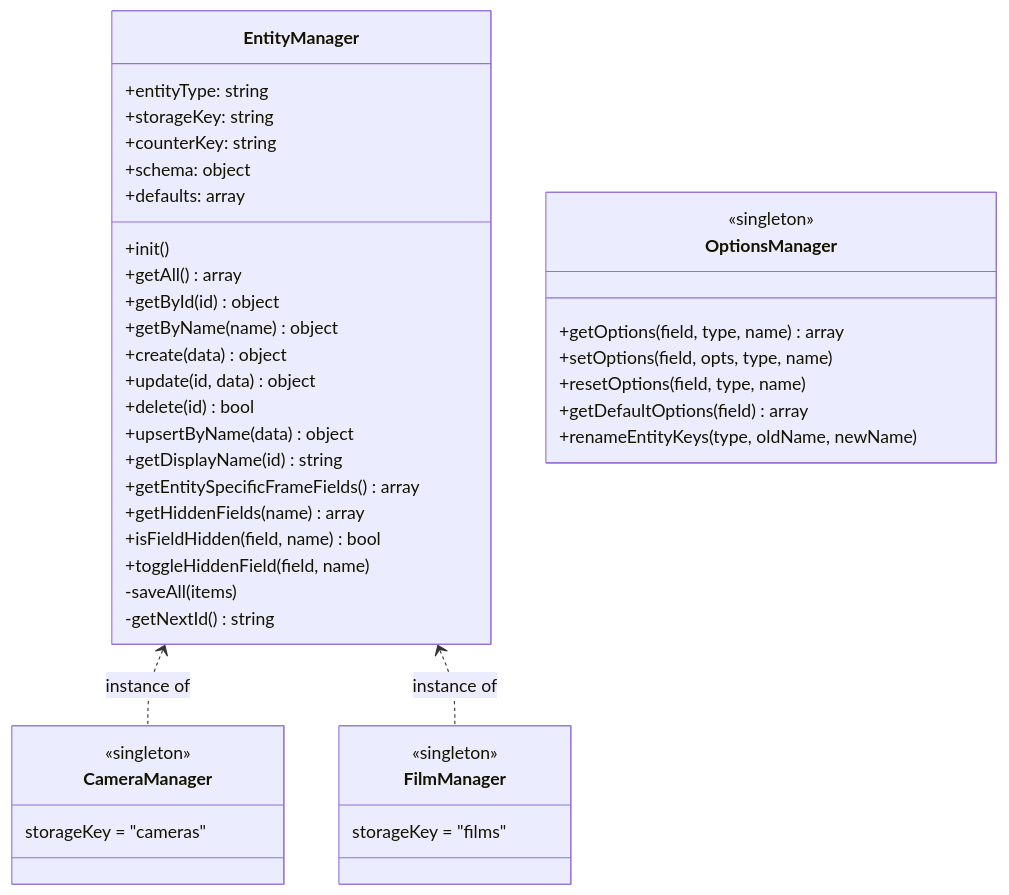
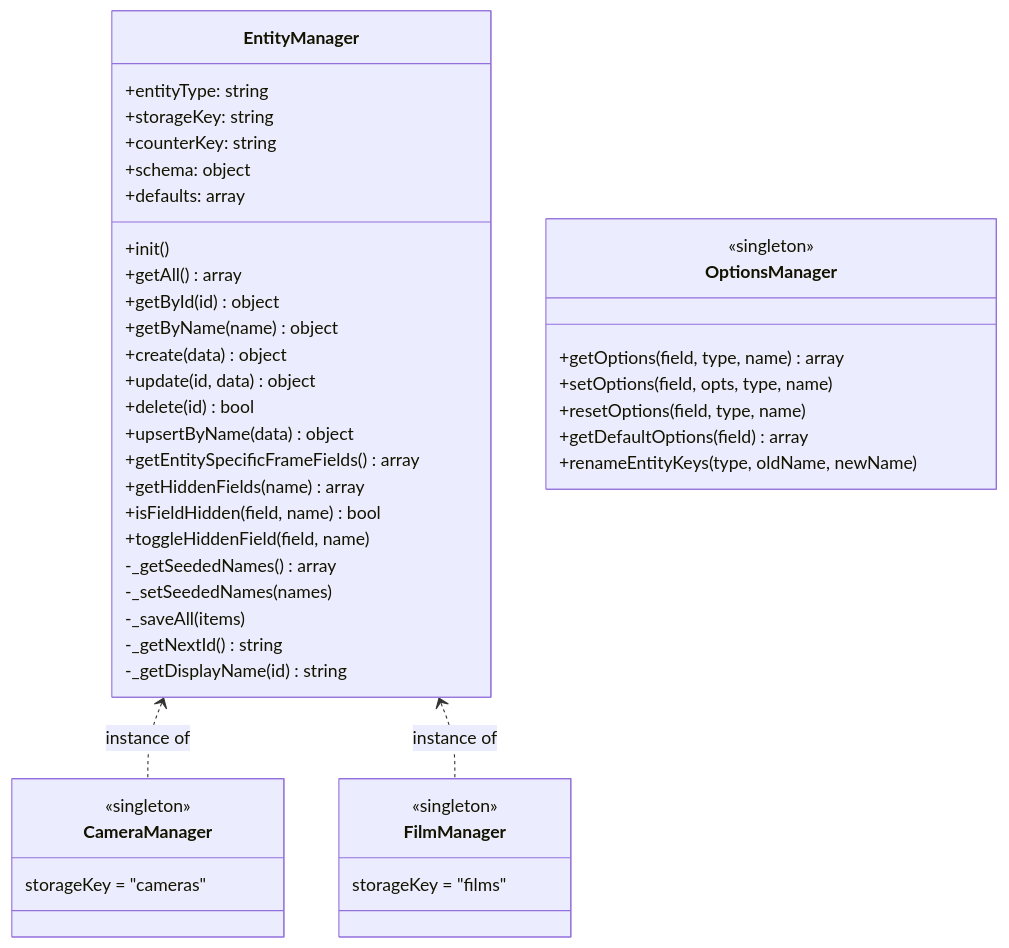
One commit to caksoylar/rolleirecord changed the third of 5 diagrams in architecture.md. Above: the diagram before and after it, drawn with Mermaid. The commit also changed other lines of this file and 7 other files, not shown here.

````diff
--- a/architecture.md
+++ b/architecture.md
@@ -202,45 +202,47 @@
 ```mermaid
 classDiagram
     class EntityManager {
         +entityType: string
         +storageKey: string
         +counterKey: string
         +schema: object
         +defaults: array
         +init()
         +getAll() array
         +getById(id) object
         +getByName(name) object
         +create(data) object
         +update(id, data) object
         +delete(id) bool
         +upsertByName(data) object
-        +getDisplayName(id) string
         +getEntitySpecificFrameFields() array
         +getHiddenFields(name) array
         +isFieldHidden(field, name) bool
         +toggleHiddenField(field, name)
-        -saveAll(items)
-        -getNextId() string
+        -_getSeededNames() array
+        -_setSeededNames(names)
+        -_saveAll(items)
+        -_getNextId() string
+        -_getDisplayName(id) string
     }
 
     class CameraManager {
         <<singleton>>
         storageKey = "cameras"
     }
     class FilmManager {
         <<singleton>>
         storageKey = "films"
     }
     class OptionsManager {
         <<singleton>>
         +getOptions(field, type, name) array
         +setOptions(field, opts, type, name)
         +resetOptions(field, type, name)
         +getDefaultOptions(field) array
         +renameEntityKeys(type, oldName, newName)
     }
 
     EntityManager <.. CameraManager : instance of
     EntityManager <.. FilmManager : instance of
 ```
````
